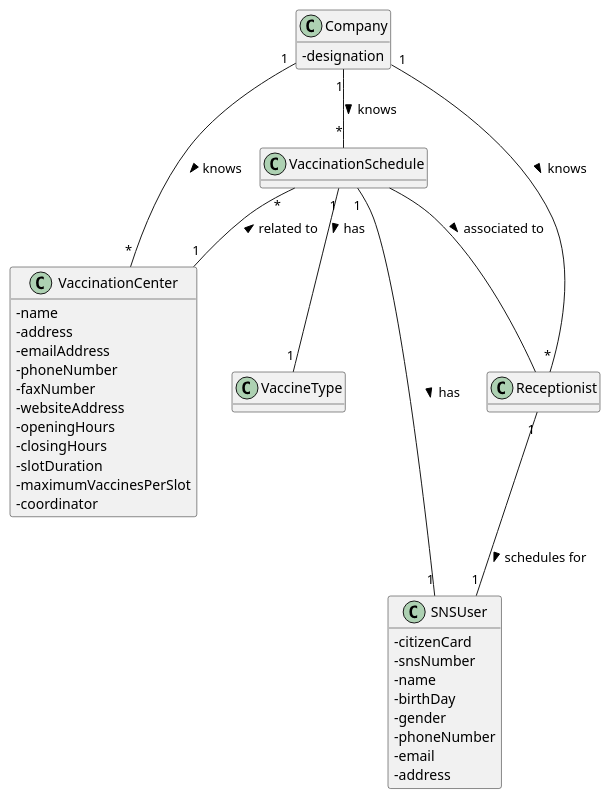
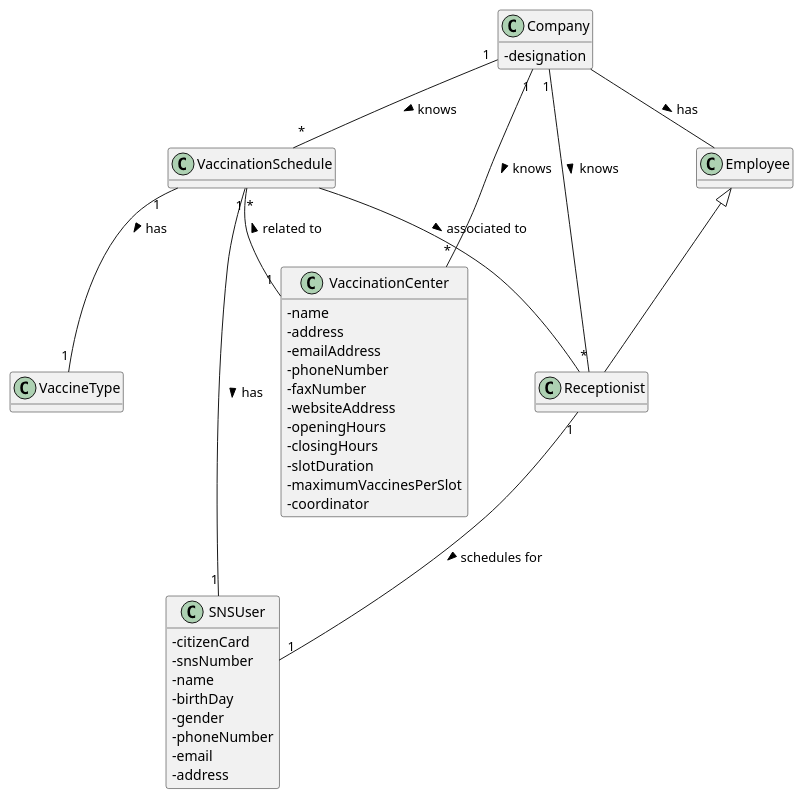
The diagram in docs/SprintC/US02/DM/US02_DM.puml (miseEnPlace-i/lapr2), drawn with PlantUML before and after one commit.

Commit message:
docs(US02): added employee class to DM

```diff
--- a/docs/SprintC/US02/DM/US02_DM.puml
+++ b/docs/SprintC/US02/DM/US02_DM.puml
@@ -1,51 +1,55 @@
 @startuml  US02_DM
 hide methods
 skinparam classAttributeIconSize 0
 
 
 class VaccinationSchedule {}
 
 class VaccineType {}
 
 class SNSUser {
   - citizenCard
   - snsNumber
   - name
   - birthDay
   - gender
   - phoneNumber
   - email
   - address
 }
 
 class VaccinationCenter{
   -name
   -address
   -emailAddress
   -phoneNumber
   -faxNumber
   -websiteAddress
   -openingHours  
   -closingHours
   -slotDuration
   -maximumVaccinesPerSlot
   -coordinator
 }
 
 class Company{
   -designation
 }
 
 class Receptionist {}
 
+class Employee {}
+
 Company "1" -- "*" VaccinationSchedule : knows >
 VaccinationSchedule "1"  -- "1" VaccineType : has >
 VaccinationSchedule "*" -- "1" VaccinationCenter : related to <
 Company "1" -- "*" VaccinationCenter : knows >
 VaccinationSchedule -- Receptionist : associated to >
 Receptionist "1" -- "1" SNSUser : schedules for >
 Company "1" -- "*" Receptionist : knows >
 VaccinationSchedule "1" -- "1" SNSUser : has >
+Employee <|-- Receptionist
+Company -- Employee : has >
 
 
 @enduml
```
